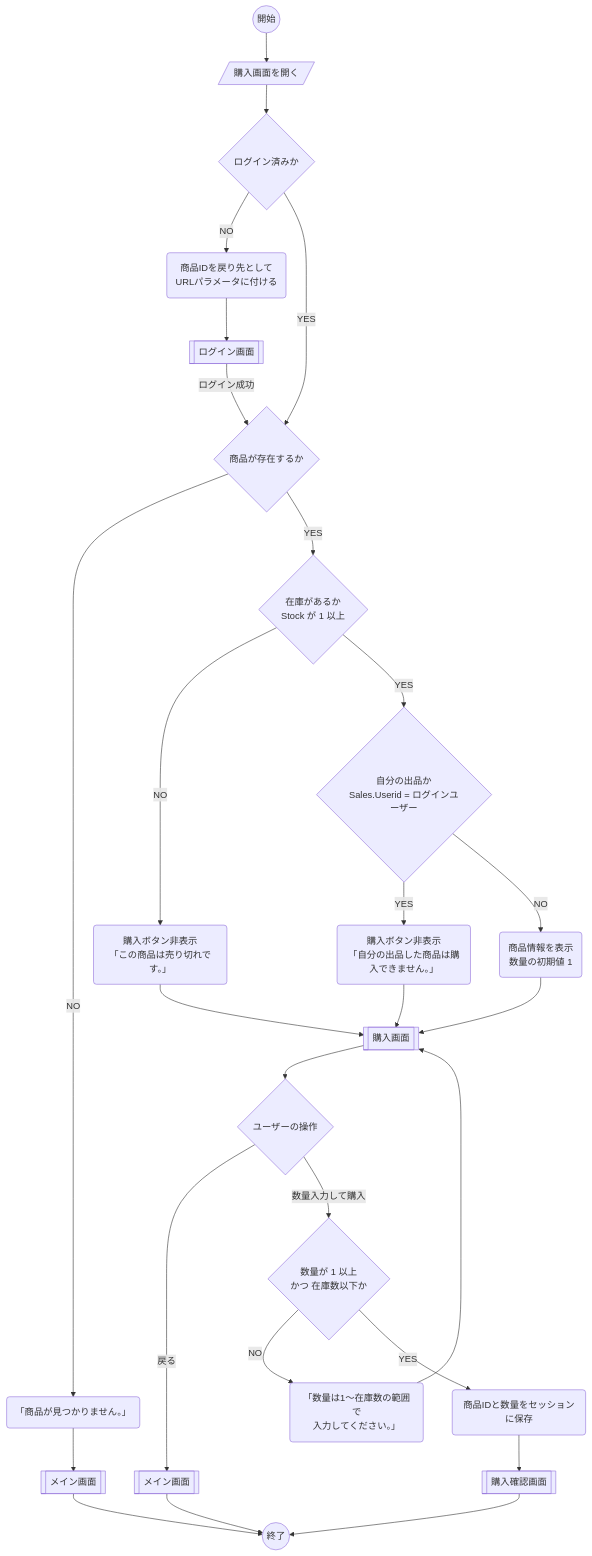
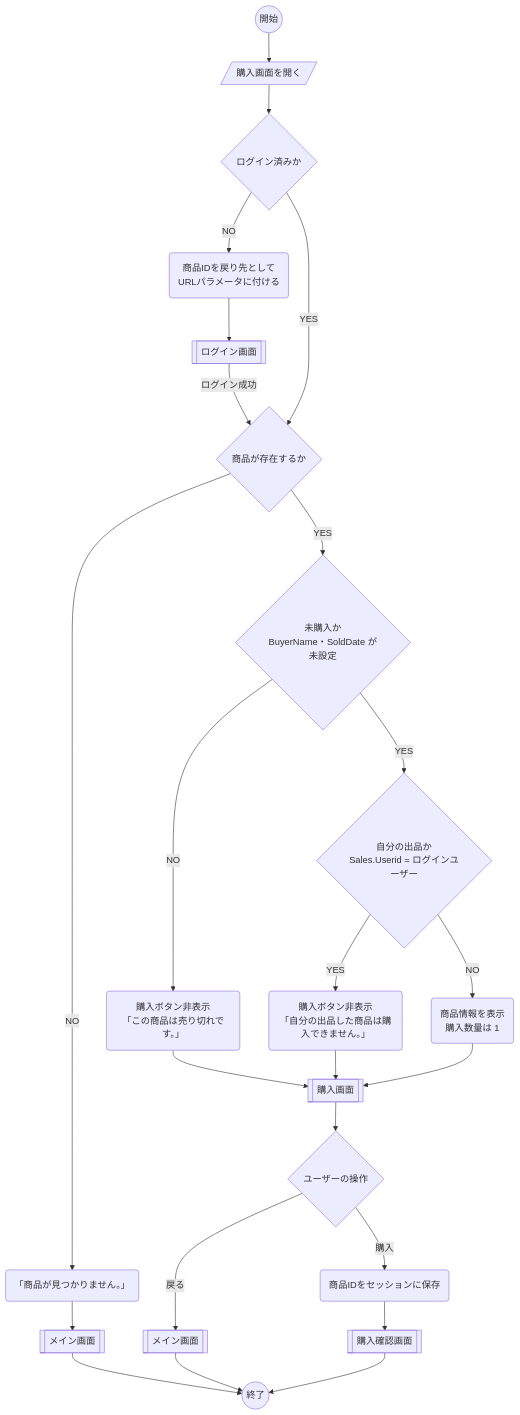
One commit to zak825/EC_OnlineShop changed the diagram in docs/design/購入画面/購入画面_処理手順.md. Above: the diagram before and after it, drawn with Mermaid. The commit also changed other lines of this file and 9 other files, not shown here.

````diff
--- a/docs/design/購入画面/購入画面_処理手順.md
+++ b/docs/design/購入画面/購入画面_処理手順.md
@@ -15,27 +15,25 @@
 ```mermaid
 flowchart TD
     S((開始)) --> A[/購入画面を開く/]
     A --> B{ログイン済みか}
     B -- NO --> R(商品IDを戻り先として<br>URLパラメータに付ける)
     R --> LOGIN[[ログイン画面]]
     LOGIN -- ログイン成功 --> C
     B -- YES --> C{商品が存在するか}
     C -- NO --> E1(「商品が見つかりません。」) --> MAIN1[[メイン画面]]
-    C -- YES --> D{在庫があるか<br>Stock が 1 以上}
+    C -- YES --> D{未購入か<br>BuyerName・SoldDate が未設定}
     D -- NO --> E2(購入ボタン非表示<br>「この商品は売り切れです。」)
     D -- YES --> F{自分の出品か<br>Sales.Userid = ログインユーザー}
     F -- YES --> E3(購入ボタン非表示<br>「自分の出品した商品は購入できません。」)
-    F -- NO --> G(商品情報を表示<br>数量の初期値 1)
+    F -- NO --> G(商品情報を表示<br>購入数量は 1)
     E2 --> P[[購入画面]]
     E3 --> P
     G --> P
     P --> U{ユーザーの操作}
     U -- 戻る --> MAIN2[[メイン画面]]
-    U -- 数量入力して購入 --> Q{数量が 1 以上<br>かつ 在庫数以下か}
-    Q -- NO --> E4(「数量は1〜在庫数の範囲で<br>入力してください。」) --> P
-    Q -- YES --> H(商品IDと数量をセッションに保存)
+    U -- 購入 --> H(商品IDをセッションに保存)
     H --> CONF[[購入確認画面]]
     MAIN1 --> END((終了))
     MAIN2 --> END
     CONF --> END
 ```
````
